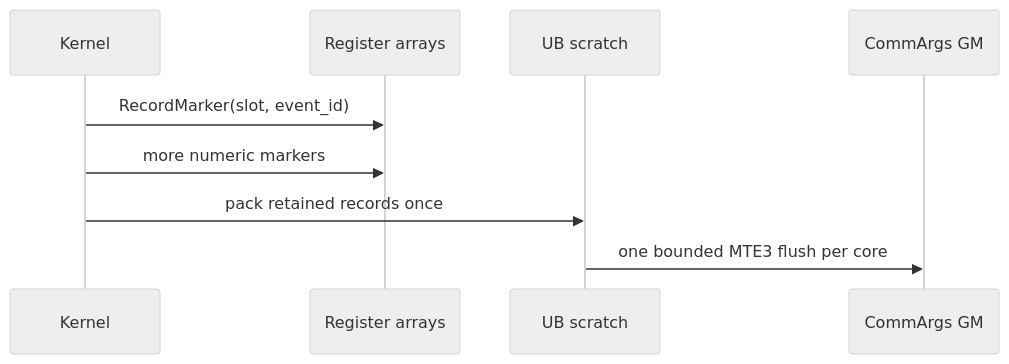
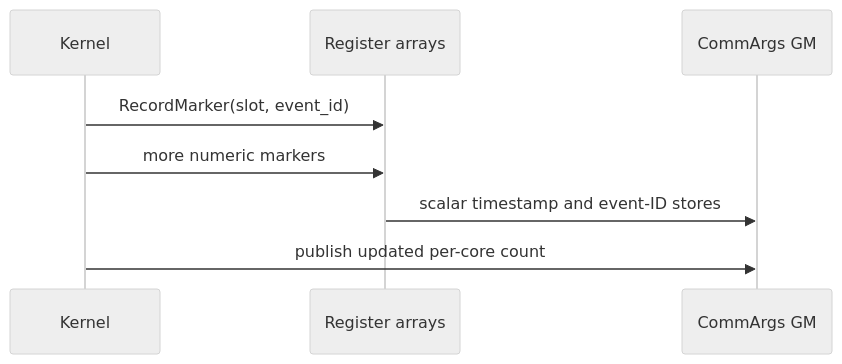
The third of 6 diagrams in docs/specs/2026-08-28-generic-profiling-tool-design.md (Denver17/TileXR), drawn with Mermaid (neutral theme) before and after one commit. The commit also changed other lines of this file and 65 other files, not shown here.

````diff
--- a/docs/specs/2026-08-28-generic-profiling-tool-design.md
+++ b/docs/specs/2026-08-28-generic-profiling-tool-design.md
@@ -109,11 +109,10 @@
 ```mermaid
 sequenceDiagram
     participant K as Kernel
     participant R as Register arrays
-    participant U as UB scratch
     participant G as CommArgs GM
     K->>R: RecordMarker(slot, event_id)
     K->>R: more numeric markers
-    K->>U: pack retained records once
-    U->>G: one bounded MTE3 flush per core
+    R->>G: scalar timestamp and event-ID stores
+    K->>G: publish updated per-core count
 ```
````
